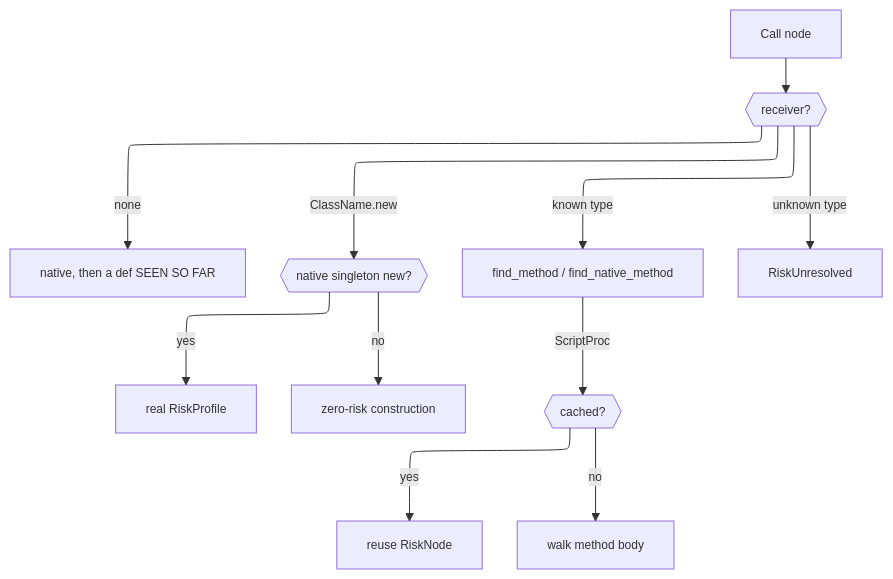
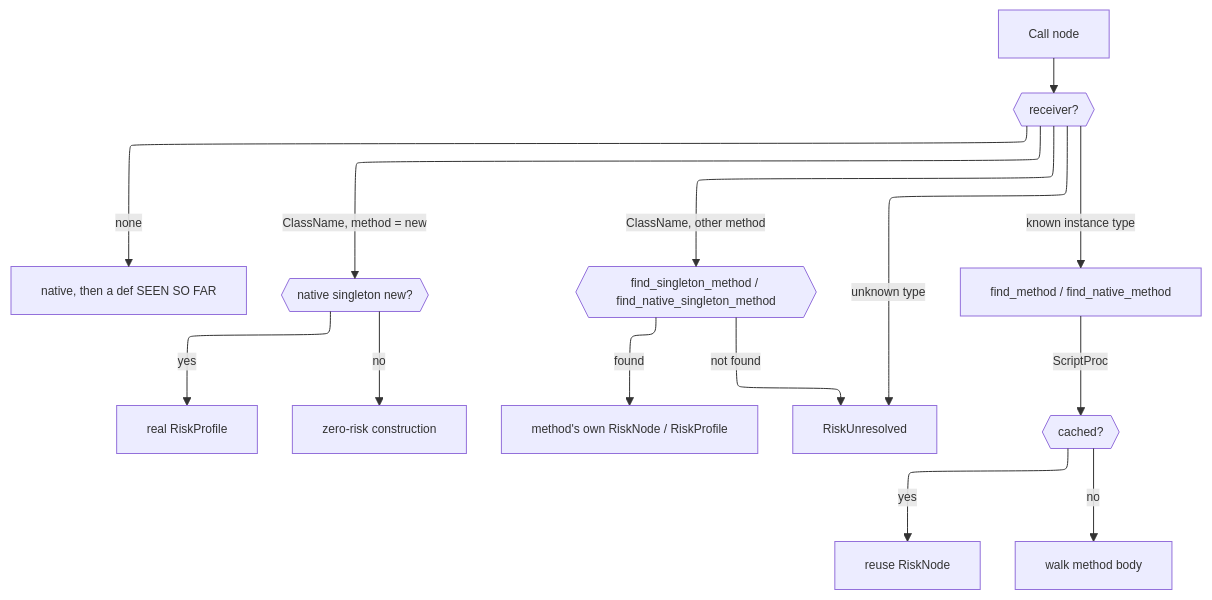
One commit to ModelArmy/adjutant.cr changed diagram 12 of 12 in DEVELOPMENT.md. Above: the diagram before and after it, drawn with Mermaid. The commit also changed other lines of this file and 6 other files, not shown here.

````diff
--- a/DEVELOPMENT.md
+++ b/DEVELOPMENT.md
@@ -484,20 +491,23 @@
 ```mermaid
 ---
 displayMode: compact
 config:
   layout: elk
   themeVariables:
     fontSize: 12px
 ---
 flowchart TD
     Call[Call node] --> Recv{{receiver?}}
     Recv -->|none| GlobalLookup["native, then a def SEEN SO FAR"]
-    Recv -->|ClassName.new| Ctor{{native singleton new?}}
+    Recv -->|ClassName, method = new| Ctor{{native singleton new?}}
     Ctor -->|yes| CtorRisk[real RiskProfile]
     Ctor -->|no| CtorZero[zero-risk construction]
-    Recv -->|known type| ClassLookup["find_method / find_native_method"]
+    Recv -->|ClassName, other method| SingLookup{{find_singleton_method / find_native_singleton_method}}
+    SingLookup -->|found| SingRisk[method's own RiskNode / RiskProfile]
+    SingLookup -->|not found| Unresolved
+    Recv -->|known instance type| ClassLookup["find_method / find_native_method"]
     Recv -->|unknown type| Unresolved[RiskUnresolved]
     ClassLookup -->|ScriptProc| Memo{{cached?}}
     Memo -->|yes| Cached[reuse RiskNode]
     Memo -->|no| WalkBody[walk method body]
 ```
````
